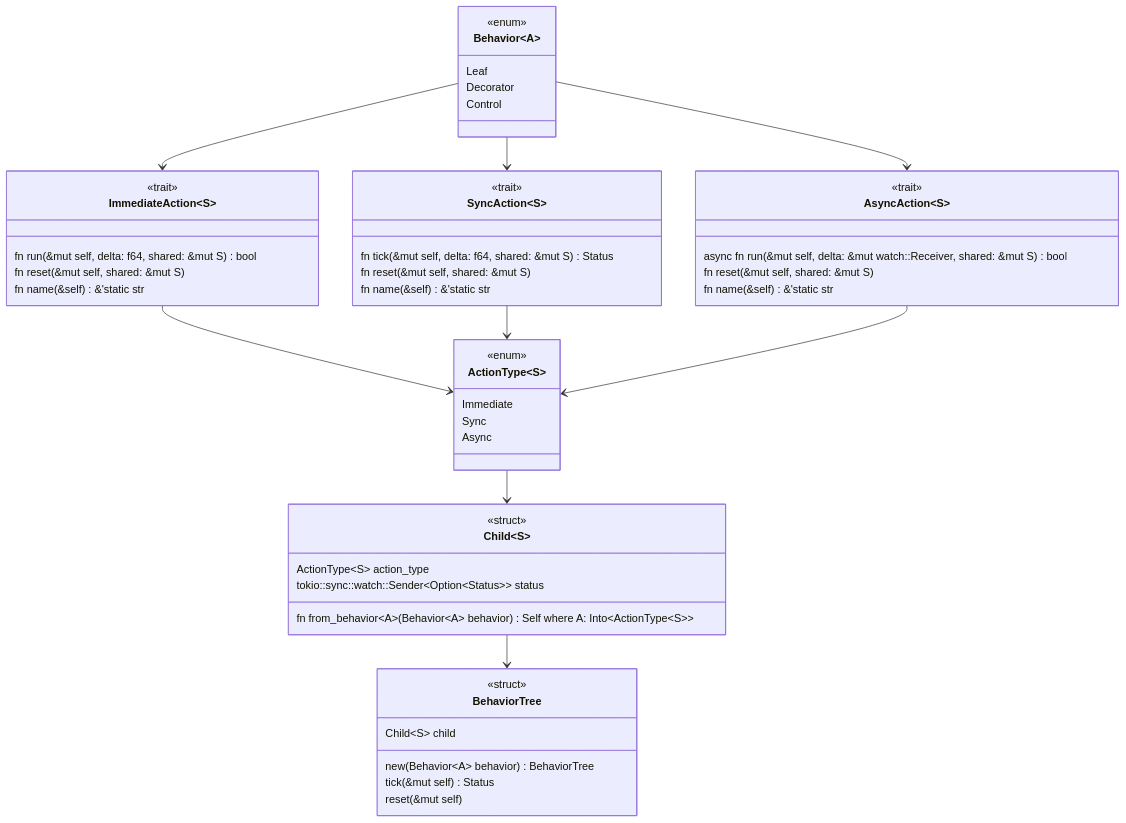
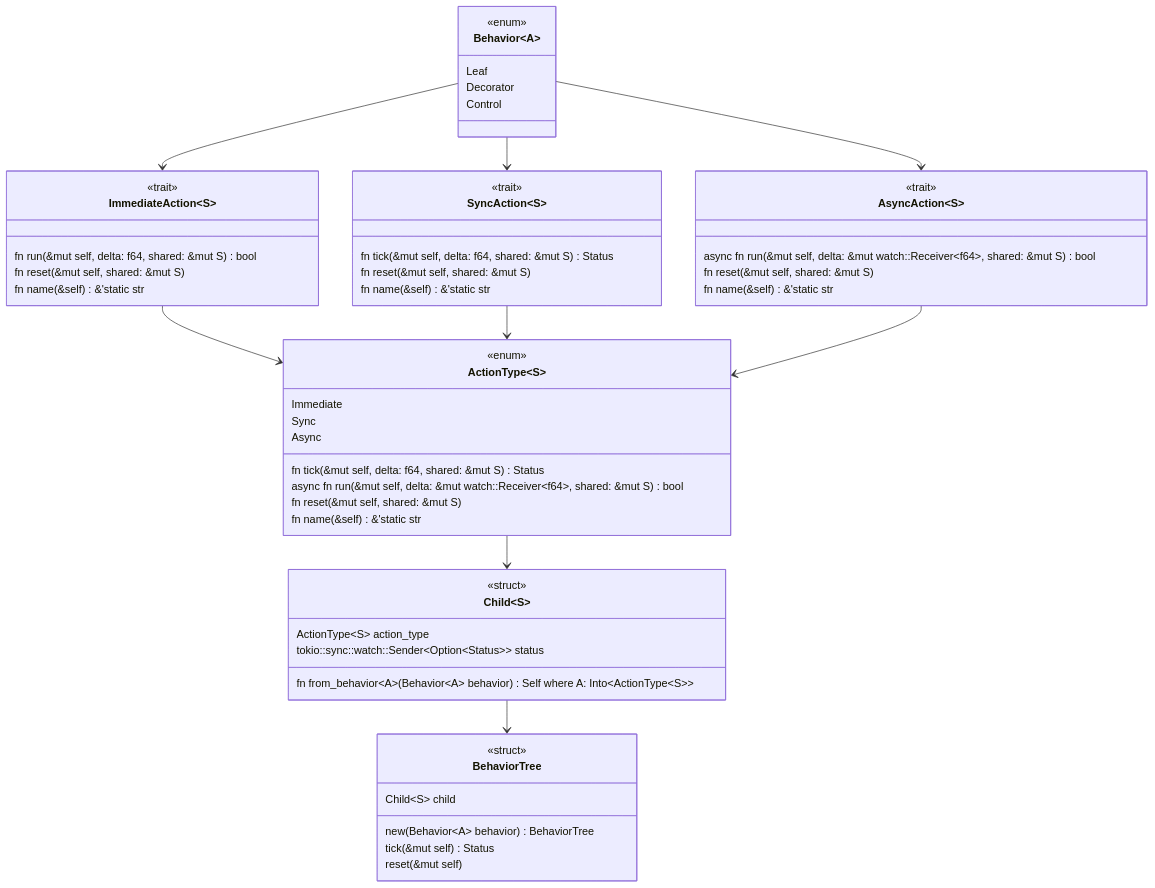
Before and after one commit to coder137/behaviortree-rs: the diagram in README.md, drawn with Mermaid.

````diff
--- a/README.md
+++ b/README.md
@@ -3,64 +3,69 @@
 ```mermaid
 classDiagram
 
 class Behavior~A~ {
     <<enum>>
     Leaf
     Decorator
     Control
 }
 
 class ImmediateAction~S~ {
     <<trait>>
     fn run(&mut self, delta: f64, shared: &mut S) bool
     fn reset(&mut self, shared: &mut S)
     fn name(&self) &'static str
 }
 
 class SyncAction~S~ {
     <<trait>>
     fn tick(&mut self, delta: f64, shared: &mut S) Status
     fn reset(&mut self, shared: &mut S)
     fn name(&self) &'static str
 }
 
 class AsyncAction~S~ {
     <<trait>>
-    async fn run(&mut self, delta: &mut watch::Receiver<f64>, shared: &mut S) bool
+    async fn run(&mut self, delta: &mut watch::Receiver~f64~, shared: &mut S) bool
     fn reset(&mut self, shared: &mut S)
     fn name(&self) &'static str
 }
 
 class ActionType~S~ {
     <<enum>>
     Immediate
     Sync
     Async
+
+    fn tick(&mut self, delta: f64, shared: &mut S) Status
+    async fn run(&mut self, delta: &mut watch::Receiver~f64~, shared: &mut S) bool
+    fn reset(&mut self, shared: &mut S)
+    fn name(&self) &'static str
 }
 
 class Child~S~ {
     <<struct>>
     ActionType~S~ action_type
     tokio::sync::watch::Sender~Option~Status~~ status
 
     fn from_behavior~A~(Behavior~A~ behavior) Self where A: Into~ActionType~S~~
 }
 
 class BehaviorTree {
     <<struct>>
     Child~S~ child
 
     new(Behavior~A~ behavior) BehaviorTree
     tick(&mut self) Status
     reset(&mut self)
 }
 
 Behavior --> ImmediateAction
 Behavior --> SyncAction
 Behavior --> AsyncAction
 ImmediateAction --> ActionType
 SyncAction --> ActionType
 AsyncAction --> ActionType
 ActionType --> Child
 Child --> BehaviorTree
 ```
````
